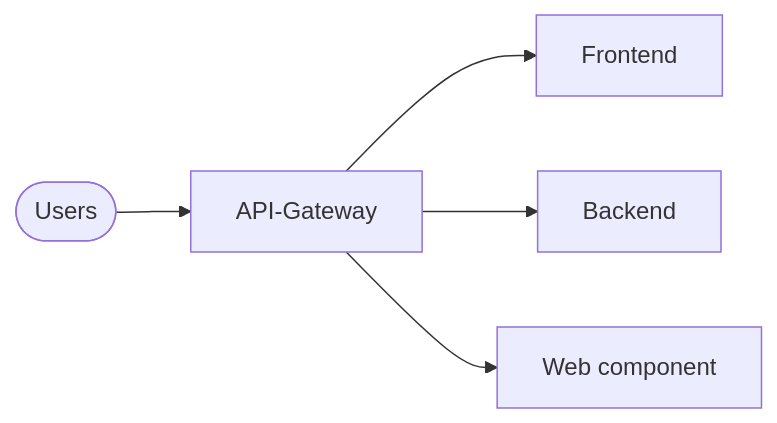
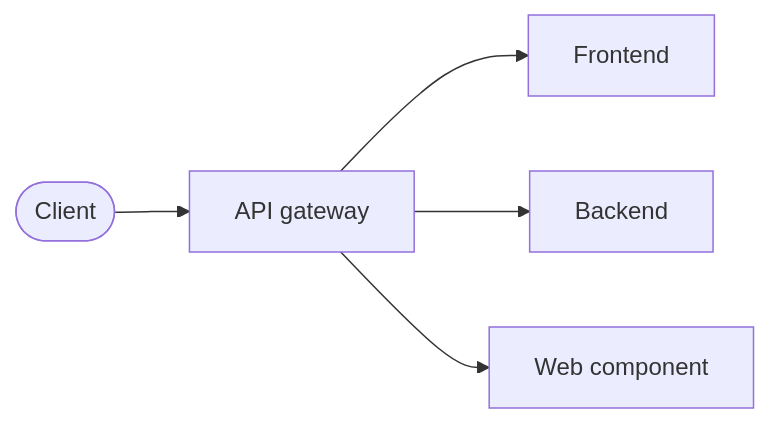
One commit to it-at-m/refarch changed the diagram in docs/overview.md. Above: the diagram before and after it, drawn with Mermaid. The commit also changed other lines of this file and 7 other files, not shown here.

````diff
--- a/docs/overview.md
+++ b/docs/overview.md
@@ -19,12 +19,12 @@
 ```mermaid
 flowchart LR
-    u([Users])
-    g[API-Gateway]
+    u([Client])
+    g[API gateway]
     f[Frontend]
     b[Backend]
     w[Web component]
     u --> g
     g --> f
     g --> b
     g --> w
 ```
````
